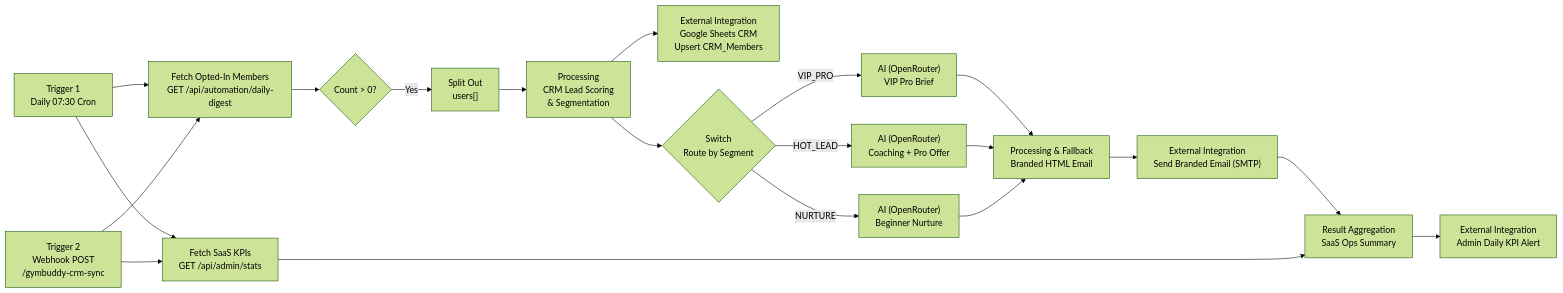
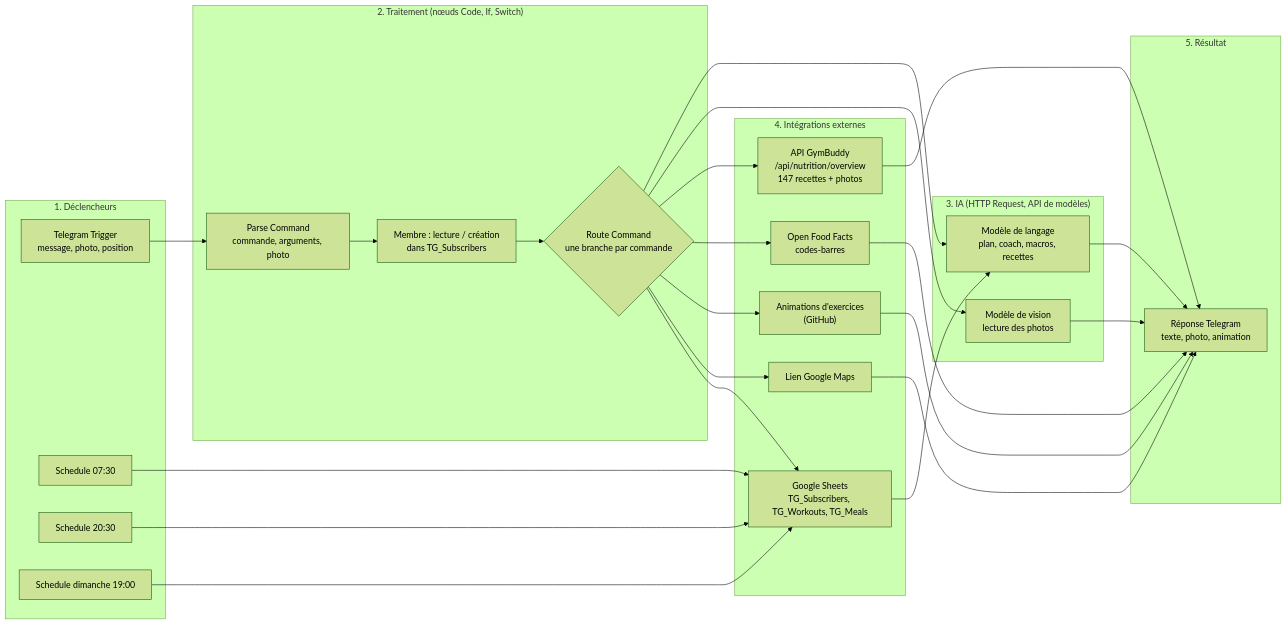
Before and after one commit to axhraf40/GymBuddyAI: the diagram in automation/README.md, drawn with Mermaid (forest theme). The commit also changed other lines of this file and 43 other files, not shown here.

````diff
--- a/automation/README.md
+++ b/automation/README.md
@@ -28,27 +56,34 @@
 ```mermaid
 flowchart LR
-  T1["Trigger 1<br/>Daily 07:30 Cron"] --> API1["Fetch Opted-In Members<br/>GET /api/automation/daily-digest"]
-  T2["Trigger 2<br/>Webhook POST<br/>/gymbuddy-crm-sync"] --> API1
-  T1 --> KPI["Fetch SaaS KPIs<br/>GET /api/admin/stats"]
-  T2 --> KPI
-
-  API1 --> IF{"Count > 0?"}
-  IF -- "Yes" --> SPLIT["Split Out<br/>users[]"]
-  --> SCORE["Processing<br/>CRM Lead Scoring<br/>& Segmentation"]
-
-  SCORE --> CRM["External Integration<br/>Google Sheets CRM<br/>Upsert CRM_Members"]
-  SCORE --> SW{"Switch<br/>Route by Segment"}
-
-  SW -- "VIP_PRO" --> AI1["AI (OpenRouter)<br/>VIP Pro Brief"]
-  SW -- "HOT_LEAD" --> AI2["AI (OpenRouter)<br/>Coaching + Pro Offer"]
-  SW -- "NURTURE" --> AI3["AI (OpenRouter)<br/>Beginner Nurture"]
-
-  AI1 --> HTML["Processing & Fallback<br/>Branded HTML Email"]
-  AI2 --> HTML
-  AI3 --> HTML
-
-  HTML --> SMTP["External Integration<br/>Send Branded Email (SMTP)"]
-  SMTP --> AGG["Result Aggregation<br/>SaaS Ops Summary"]
-  KPI --> AGG
-  AGG --> ADMIN["External Integration<br/>Admin Daily KPI Alert"]
+  subgraph D["1. Déclencheurs"]
+    TG["Telegram Trigger<br/>message, photo, position"]
+    S1["Schedule 07:30"]
+    S2["Schedule 20:30"]
+    S3["Schedule dimanche 19:00"]
+  end
+  subgraph T["2. Traitement (nœuds Code, If, Switch)"]
+    P["Parse Command<br/>commande, arguments, photo"]
+    M["Membre : lecture / création<br/>dans TG_Subscribers"]
+    R{"Route Command<br/>une branche par commande"}
+  end
+  subgraph IA["3. IA (HTTP Request, API de modèles)"]
+    L["Modèle de langage<br/>plan, coach, macros, recettes"]
+    V["Modèle de vision<br/>lecture des photos"]
+  end
+  subgraph X["4. Intégrations externes"]
+    API["API GymBuddy<br/>/api/nutrition/overview<br/>147 recettes + photos"]
+    GS["Google Sheets<br/>TG_Subscribers, TG_Workouts, TG_Meals"]
+    OFF["Open Food Facts<br/>codes-barres"]
+    GIF["Animations d'exercices<br/>(GitHub)"]
+    GM["Lien Google Maps"]
+  end
+  subgraph O["5. Résultat"]
+    OUT["Réponse Telegram<br/>texte, photo, animation"]
+  end
+  TG --> P --> M --> R
+  S1 & S2 & S3 --> GS
+  R --> L & V & API & OFF & GIF & GM
+  R --> GS
+  L & V & API & OFF & GIF & GM --> OUT
+  GS --> L
 ```
````
